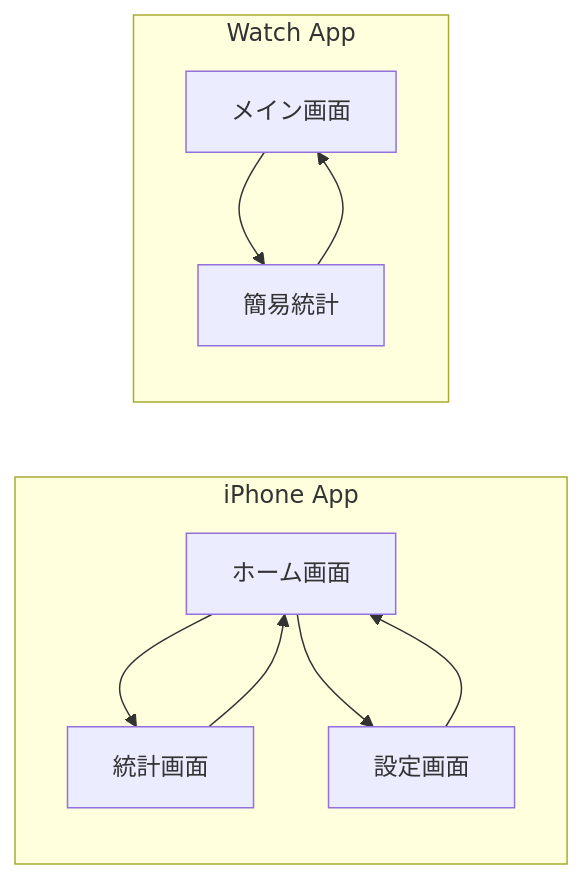
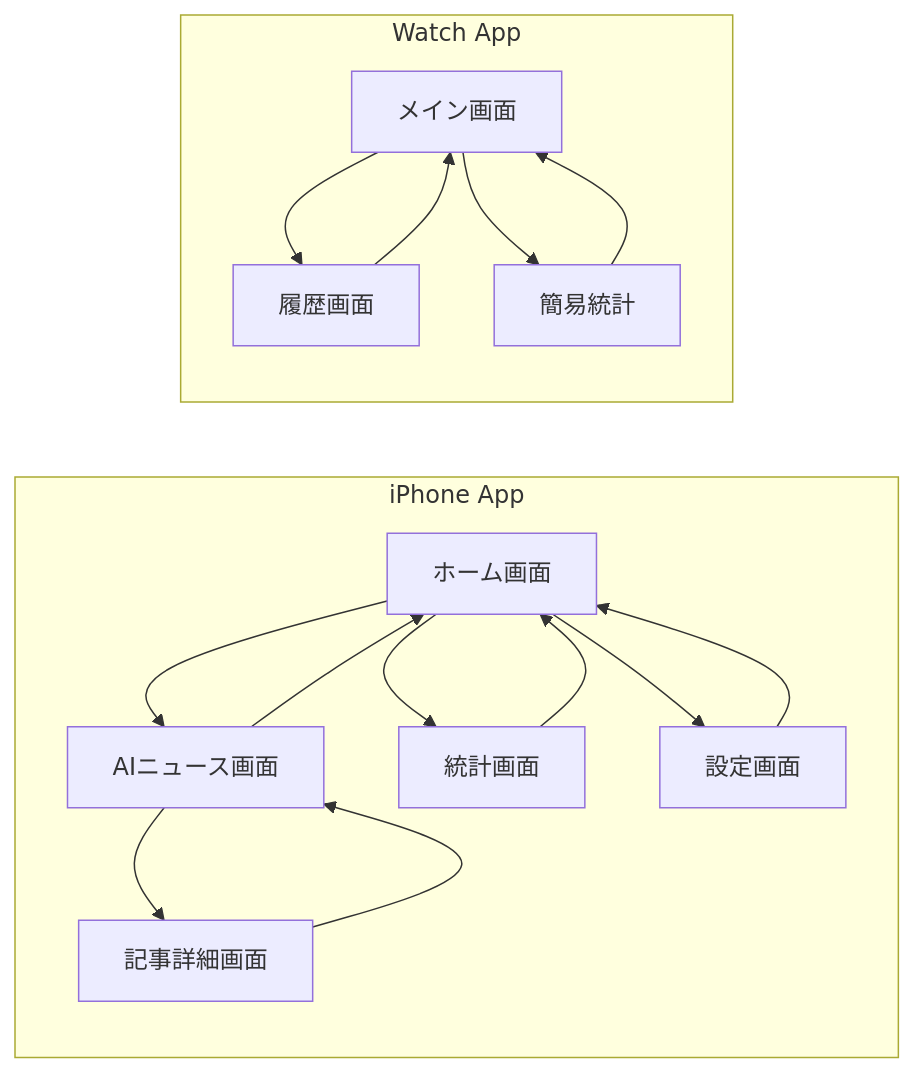
The second of 3 diagrams in docs/requirements.md (junya-prg/Smoker), drawn with Mermaid before and after one commit. The commit also changed other lines of this file and 79 other files, not shown here.

````diff
--- a/docs/requirements.md
+++ b/docs/requirements.md
@@ -166,21 +198,30 @@
 ```mermaid
 graph LR
     subgraph iPhone [iPhone App]
         Home[ホーム画面]
+        AINews[AIニュース画面]
+        ArticleDetail[記事詳細画面]
         Stats[統計画面]
         Settings[設定画面]
         
+        Home --> AINews
         Home --> Stats
         Home --> Settings
+        AINews --> ArticleDetail
+        AINews --> Home
+        ArticleDetail --> AINews
         Stats --> Home
         Settings --> Home
     end
     
     subgraph Watch [Watch App]
         WatchHome[メイン画面]
+        WatchHistory[履歴画面]
         WatchStats[簡易統計]
         
+        WatchHome --> WatchHistory
         WatchHome --> WatchStats
+        WatchHistory --> WatchHome
         WatchStats --> WatchHome
     end
 ```
````
